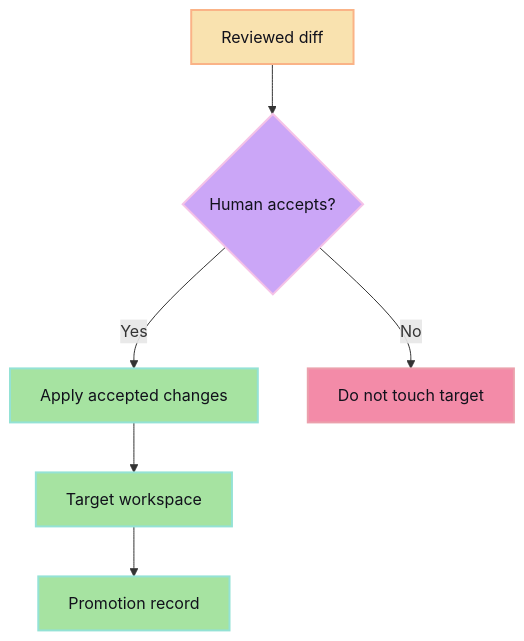
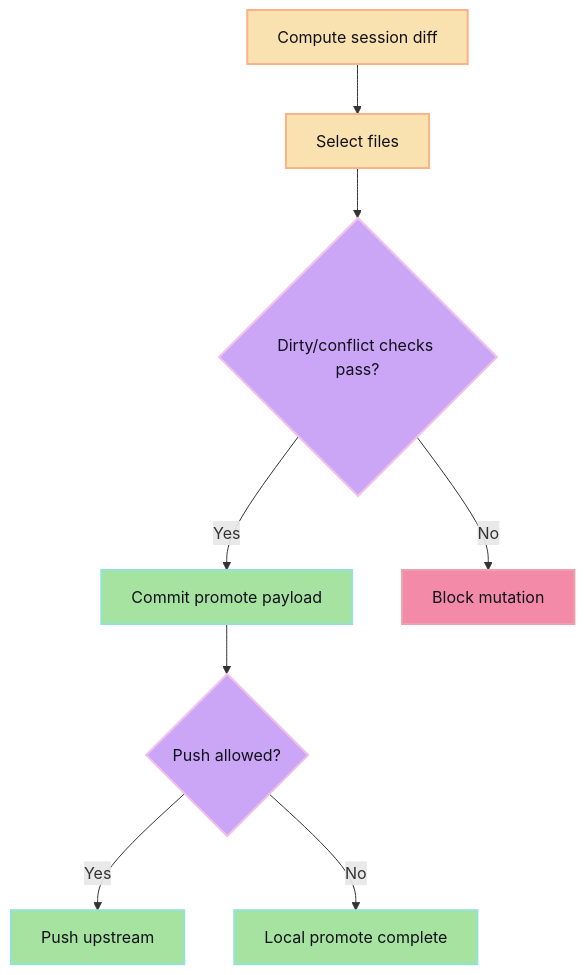
Before and after one commit to cloudboy-jh/glib-code-docs: the diagram in src/content/docs/concepts/promote.md, drawn with Mermaid. The commit also changed other lines of this file and 18 other files, not shown here.

Commit message:
Rebuild docs IA and diagrams

````diff
--- a/src/content/docs/concepts/promote.md
+++ b/src/content/docs/concepts/promote.md
@@ -10,18 +19,20 @@
 ```mermaid
 flowchart TD
-  Diff["Reviewed diff"] --> Gate{"Human accepts?"}
-  Gate -->|Yes| Apply["Apply accepted changes"]
-  Gate -->|No| Stop["Do not touch target"]
-  Apply --> Target["Target workspace"]
-  Target --> Record["Promotion record"]
+  Diff["Compute session diff"] --> Select["Select files"]
+  Select --> Checks{"Dirty/conflict checks pass?"}
+  Checks -->|Yes| Commit["Commit promote payload"]
+  Checks -->|No| Stop["Block mutation"]
+  Commit --> Push{"Push allowed?"}
+  Push -->|Yes| Remote["Push upstream"]
+  Push -->|No| Done["Local promote complete"]
 
   classDef review fill:#f9e2af,stroke:#fab387,color:#11111b,stroke-width:2px
   classDef gate fill:#cba6f7,stroke:#f5c2e7,color:#11111b,stroke-width:2px
   classDef safe fill:#a6e3a1,stroke:#94e2d5,color:#11111b,stroke-width:2px
   classDef rejected fill:#f38ba8,stroke:#eba0ac,color:#11111b,stroke-width:2px
 
-  class Diff review
-  class Gate gate
-  class Apply,Target,Record safe
+  class Diff,Select review
+  class Checks,Push gate
+  class Commit,Remote,Done safe
   class Stop rejected
 ```
````
